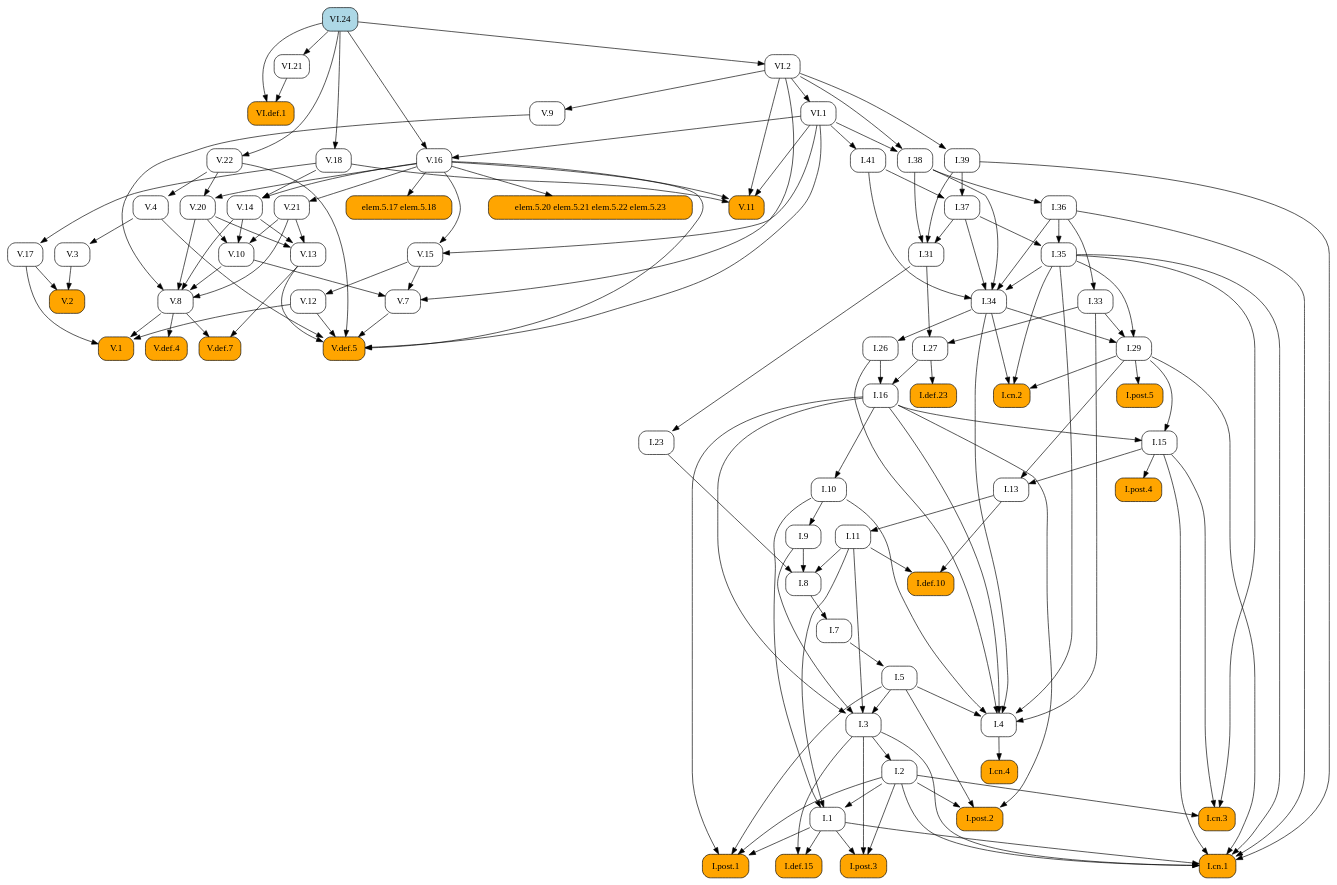
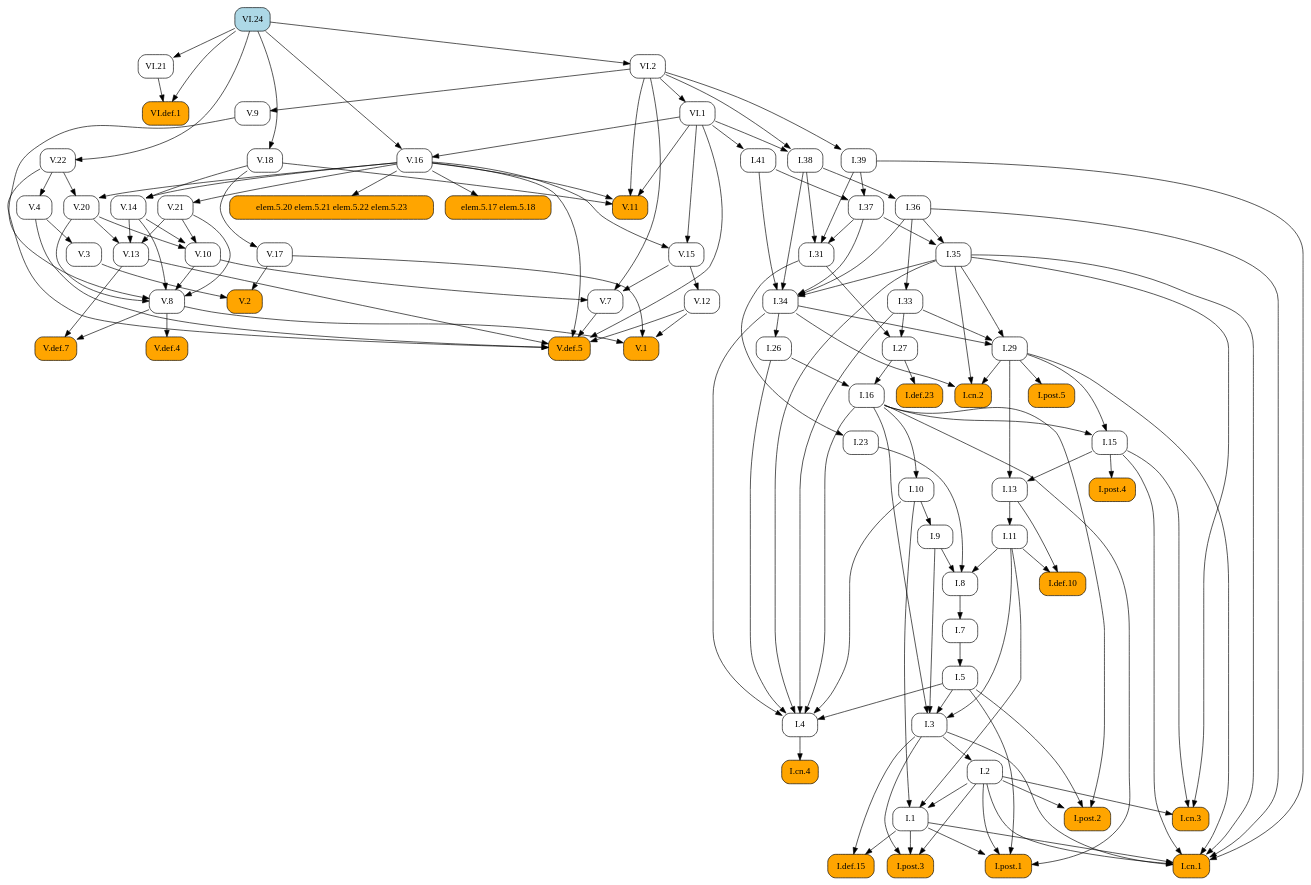
One commit to geometor/elements changed the diagram in docsrc/heath/VI/24/index.rst. Above: the diagram before and after it, drawn with Graphviz. The commit also changed other lines of this file and 1029 other files, not shown here.

```diff
--- a/docsrc/heath/VI/24/index.rst
+++ b/docsrc/heath/VI/24/index.rst
@@ -122,132 +122,81 @@
    digraph {
      rankdir="TB";
      node [shape=box, style=rounded];
+     "I.def.10" [style="rounded,filled", fillcolor=orange, URL="/heath/I/def.10/", target="_top"];
+     "I.11" [URL="/heath/I/11/", target="_top"];
+     "I.post.4" [style="rounded,filled", fillcolor=orange, URL="/heath/I/post.4/", target="_top"];
+     "I.1" [URL="/heath/I/1/", target="_top"];
+     "VI.21" [URL="/heath/VI/21/", target="_top"];
+     "V.def.5" [style="rounded,filled", fillcolor=orange, URL="/heath/V/def.5/", target="_top"];
+     "V.13" [URL="/heath/V/13/", target="_top"];
+     "V.11" [style="rounded,filled", fillcolor=orange, URL="/heath/V/11/", target="_top"];
+     "I.post.3" [style="rounded,filled", fillcolor=orange, URL="/heath/I/post.3/", target="_top"];
+     "VI.1" [URL="/heath/VI/1/", target="_top"];
+     "I.cn.3" [style="rounded,filled", fillcolor=orange, URL="/heath/I/cn.3/", target="_top"];
+     "V.16" [URL="/heath/V/16/", target="_top"];
+     "V.3" [URL="/heath/V/3/", target="_top"];
+     "V.8" [URL="/heath/V/8/", target="_top"];
+     "I.36" [URL="/heath/I/36/", target="_top"];
+     "I.41" [URL="/heath/I/41/", target="_top"];
+     "I.27" [URL="/heath/I/27/", target="_top"];
+     "I.37" [URL="/heath/I/37/", target="_top"];
+     "I.34" [URL="/heath/I/34/", target="_top"];
+     "I.2" [URL="/heath/I/2/", target="_top"];
+     "I.def.23" [style="rounded,filled", fillcolor=orange, URL="/heath/I/def.23/", target="_top"];
+     "I.33" [URL="/heath/I/33/", target="_top"];
+     "I.post.2" [style="rounded,filled", fillcolor=orange, URL="/heath/I/post.2/", target="_top"];
+     "VI.def.1" [style="rounded,filled", fillcolor=orange, URL="/heath/VI/def.1/", target="_top"];
+     "elem.5.20 elem.5.21 elem.5.22 elem.5.23" [style="rounded,filled", fillcolor=orange];
+     "I.9" [URL="/heath/I/9/", target="_top"];
+     "V.def.4" [style="rounded,filled", fillcolor=orange, URL="/heath/V/def.4/", target="_top"];
+     "I.cn.4" [style="rounded,filled", fillcolor=orange, URL="/heath/I/cn.4/", target="_top"];
+     "I.15" [URL="/heath/I/15/", target="_top"];
+     "I.38" [URL="/heath/I/38/", target="_top"];
+     "V.def.7" [style="rounded,filled", fillcolor=orange, URL="/heath/V/def.7/", target="_top"];
+     "I.5" [URL="/heath/I/5/", target="_top"];
+     "V.21" [URL="/heath/V/21/", target="_top"];
+     "I.39" [URL="/heath/I/39/", target="_top"];
+     "I.26" [URL="/heath/I/26/", target="_top"];
+     "V.14" [URL="/heath/V/14/", target="_top"];
+     "I.29" [URL="/heath/I/29/", target="_top"];
+     "V.22" [URL="/heath/V/22/", target="_top"];
+     "V.12" [URL="/heath/V/12/", target="_top"];
+     "I.cn.2" [style="rounded,filled", fillcolor=orange, URL="/heath/I/cn.2/", target="_top"];
+     "V.20" [URL="/heath/V/20/", target="_top"];
+     "V.10" [URL="/heath/V/10/", target="_top"];
+     "VI.2" [URL="/heath/VI/2/", target="_top"];
+     "I.def.15" [style="rounded,filled", fillcolor=orange, URL="/heath/I/def.15/", target="_top"];
+     "V.15" [URL="/heath/V/15/", target="_top"];
+     "I.cn.1" [style="rounded,filled", fillcolor=orange, URL="/heath/I/cn.1/", target="_top"];
+     "V.7" [URL="/heath/V/7/", target="_top"];
+     "V.18" [URL="/heath/V/18/", target="_top"];
+     "V.9" [URL="/heath/V/9/", target="_top"];
+     "I.23" [URL="/heath/I/23/", target="_top"];
+     "I.post.1" [style="rounded,filled", fillcolor=orange, URL="/heath/I/post.1/", target="_top"];
+     "I.35" [URL="/heath/I/35/", target="_top"];
+     "I.7" [URL="/heath/I/7/", target="_top"];
+     "I.3" [URL="/heath/I/3/", target="_top"];
+     "I.4" [URL="/heath/I/4/", target="_top"];
+     "V.17" [URL="/heath/V/17/", target="_top"];
+     "I.13" [URL="/heath/I/13/", target="_top"];
+     "V.4" [URL="/heath/V/4/", target="_top"];
+     "I.31" [URL="/heath/I/31/", target="_top"];
      "V.1" [style="rounded,filled", fillcolor=orange, URL="/heath/V/1/", target="_top"];
-     "I.29" [URL="/heath/I/29/", target="_top"];
-     "I.7" [URL="/heath/I/7/", target="_top"];
-     "I.27" [URL="/heath/I/27/", target="_top"];
-     "I.def.23" [style="rounded,filled", fillcolor=orange, URL="/heath/I/def.23/", target="_top"];
-     "V.20" [URL="/heath/V/20/", target="_top"];
-     "I.34" [URL="/heath/I/34/", target="_top"];
+     "I.16" [URL="/heath/I/16/", target="_top"];
+     "VI.24" [style="rounded,filled", fillcolor=lightblue, URL="/heath/VI/24/", target="_top"];
+     "elem.5.17 elem.5.18" [style="rounded,filled", fillcolor=orange];
      "I.8" [URL="/heath/I/8/", target="_top"];
      "V.2" [style="rounded,filled", fillcolor=orange, URL="/heath/V/2/", target="_top"];
-     "I.9" [URL="/heath/I/9/", target="_top"];
-     "V.22" [URL="/heath/V/22/", target="_top"];
-     "I.post.4" [style="rounded,filled", fillcolor=orange, URL="/heath/I/post.4/", target="_top"];
-     "I.2" [URL="/heath/I/2/", target="_top"];
-     "VI.21" [URL="/heath/VI/21/", target="_top"];
-     "V.4" [URL="/heath/V/4/", target="_top"];
-     "I.cn.4" [style="rounded,filled", fillcolor=orange, URL="/heath/I/cn.4/", target="_top"];
-     "VI.24" [style="rounded,filled", fillcolor=lightblue, URL="/heath/VI/24/", target="_top"];
-     "VI.2" [URL="/heath/VI/2/", target="_top"];
-     "elem.5.20 elem.5.21 elem.5.22 elem.5.23" [style="rounded,filled", fillcolor=orange];
-     "I.23" [URL="/heath/I/23/", target="_top"];
-     "I.13" [URL="/heath/I/13/", target="_top"];
-     "I.5" [URL="/heath/I/5/", target="_top"];
-     "I.11" [URL="/heath/I/11/", target="_top"];
-     "I.4" [URL="/heath/I/4/", target="_top"];
-     "I.def.10" [style="rounded,filled", fillcolor=orange, URL="/heath/I/def.10/", target="_top"];
-     "I.post.3" [style="rounded,filled", fillcolor=orange, URL="/heath/I/post.3/", target="_top"];
-     "V.9" [URL="/heath/V/9/", target="_top"];
-     "VI.def.1" [style="rounded,filled", fillcolor=orange, URL="/heath/VI/def.1/", target="_top"];
-     "elem.5.17 elem.5.18" [style="rounded,filled", fillcolor=orange];
-     "V.17" [URL="/heath/V/17/", target="_top"];
-     "V.3" [URL="/heath/V/3/", target="_top"];
-     "I.36" [URL="/heath/I/36/", target="_top"];
-     "V.12" [URL="/heath/V/12/", target="_top"];
-     "I.15" [URL="/heath/I/15/", target="_top"];
-     "I.41" [URL="/heath/I/41/", target="_top"];
-     "V.def.5" [style="rounded,filled", fillcolor=orange, URL="/heath/V/def.5/", target="_top"];
-     "I.cn.3" [style="rounded,filled", fillcolor=orange, URL="/heath/I/cn.3/", target="_top"];
-     "V.16" [URL="/heath/V/16/", target="_top"];
-     "I.38" [URL="/heath/I/38/", target="_top"];
-     "V.15" [URL="/heath/V/15/", target="_top"];
-     "V.def.4" [style="rounded,filled", fillcolor=orange, URL="/heath/V/def.4/", target="_top"];
-     "V.21" [URL="/heath/V/21/", target="_top"];
-     "V.8" [URL="/heath/V/8/", target="_top"];
-     "V.7" [URL="/heath/V/7/", target="_top"];
-     "I.1" [URL="/heath/I/1/", target="_top"];
-     "I.def.15" [style="rounded,filled", fillcolor=orange, URL="/heath/I/def.15/", target="_top"];
-     "V.13" [URL="/heath/V/13/", target="_top"];
-     "I.post.1" [style="rounded,filled", fillcolor=orange, URL="/heath/I/post.1/", target="_top"];
-     "I.26" [URL="/heath/I/26/", target="_top"];
-     "I.33" [URL="/heath/I/33/", target="_top"];
-     "V.def.7" [style="rounded,filled", fillcolor=orange, URL="/heath/V/def.7/", target="_top"];
-     "I.39" [URL="/heath/I/39/", target="_top"];
-     "I.cn.2" [style="rounded,filled", fillcolor=orange, URL="/heath/I/cn.2/", target="_top"];
-     "V.10" [URL="/heath/V/10/", target="_top"];
+     "I.post.5" [style="rounded,filled", fillcolor=orange, URL="/heath/I/post.5/", target="_top"];
      "I.10" [URL="/heath/I/10/", target="_top"];
-     "I.3" [URL="/heath/I/3/", target="_top"];
-     "I.16" [URL="/heath/I/16/", target="_top"];
-     "I.31" [URL="/heath/I/31/", target="_top"];
-     "V.11" [style="rounded,filled", fillcolor=orange, URL="/heath/V/11/", target="_top"];
-     "I.post.2" [style="rounded,filled", fillcolor=orange, URL="/heath/I/post.2/", target="_top"];
-     "VI.1" [URL="/heath/VI/1/", target="_top"];
-     "I.post.5" [style="rounded,filled", fillcolor=orange, URL="/heath/I/post.5/", target="_top"];
-     "V.18" [URL="/heath/V/18/", target="_top"];
-     "I.35" [URL="/heath/I/35/", target="_top"];
-     "I.cn.1" [style="rounded,filled", fillcolor=orange, URL="/heath/I/cn.1/", target="_top"];
-     "I.37" [URL="/heath/I/37/", target="_top"];
-     "V.14" [URL="/heath/V/14/", target="_top"];
-     "V.8" -> "V.1";
-     "V.12" -> "V.1";
-     "V.17" -> "V.1";
-     "I.33" -> "I.29";
-     "I.34" -> "I.29";
-     "I.35" -> "I.29";
-     "I.8" -> "I.7";
-     "I.31" -> "I.27";
-     "I.33" -> "I.27";
-     "I.27" -> "I.def.23";
-     "V.16" -> "V.20";
-     "V.22" -> "V.20";
-     "I.35" -> "I.34";
-     "I.36" -> "I.34";
-     "I.37" -> "I.34";
-     "I.38" -> "I.34";
-     "I.41" -> "I.34";
-     "I.9" -> "I.8";
-     "I.11" -> "I.8";
-     "I.23" -> "I.8";
-     "V.3" -> "V.2";
-     "V.17" -> "V.2";
-     "I.10" -> "I.9";
-     "VI.24" -> "V.22";
-     "I.15" -> "I.post.4";
-     "I.3" -> "I.2";
-     "VI.24" -> "VI.21";
-     "V.22" -> "V.4";
-     "I.4" -> "I.cn.4";
-     "VI.24" -> "VI.2";
-     "V.16" -> "elem.5.20 elem.5.21 elem.5.22 elem.5.23";
-     "I.31" -> "I.23";
-     "I.15" -> "I.13";
-     "I.29" -> "I.13";
-     "I.7" -> "I.5";
-     "I.13" -> "I.11";
-     "I.5" -> "I.4";
-     "I.10" -> "I.4";
-     "I.16" -> "I.4";
-     "I.26" -> "I.4";
-     "I.33" -> "I.4";
-     "I.34" -> "I.4";
-     "I.35" -> "I.4";
      "I.11" -> "I.def.10";
      "I.13" -> "I.def.10";
-     "I.1" -> "I.post.3";
-     "I.2" -> "I.post.3";
-     "I.3" -> "I.post.3";
-     "VI.2" -> "V.9";
-     "VI.21" -> "VI.def.1";
-     "VI.24" -> "VI.def.1";
-     "V.16" -> "elem.5.17 elem.5.18";
-     "V.18" -> "V.17";
-     "V.4" -> "V.3";
-     "I.38" -> "I.36";
-     "V.15" -> "V.12";
-     "I.16" -> "I.15";
-     "I.29" -> "I.15";
-     "VI.1" -> "I.41";
+     "I.13" -> "I.11";
+     "I.15" -> "I.post.4";
+     "I.2" -> "I.1";
+     "I.10" -> "I.1";
+     "I.11" -> "I.1";
+     "VI.24" -> "VI.21";
      "V.4" -> "V.def.5";
      "V.7" -> "V.def.5";
      "V.12" -> "V.def.5";
@@ -255,70 +204,81 @@
      "V.16" -> "V.def.5";
      "V.22" -> "V.def.5";
      "VI.1" -> "V.def.5";
+     "V.14" -> "V.13";
+     "V.20" -> "V.13";
+     "V.21" -> "V.13";
+     "V.16" -> "V.11";
+     "V.18" -> "V.11";
+     "VI.1" -> "V.11";
+     "VI.2" -> "V.11";
+     "I.1" -> "I.post.3";
+     "I.2" -> "I.post.3";
+     "I.3" -> "I.post.3";
+     "VI.2" -> "VI.1";
      "I.2" -> "I.cn.3";
      "I.15" -> "I.cn.3";
      "I.35" -> "I.cn.3";
      "VI.1" -> "V.16";
      "VI.24" -> "V.16";
-     "VI.1" -> "I.38";
-     "VI.2" -> "I.38";
-     "V.16" -> "V.15";
-     "VI.1" -> "V.15";
-     "V.8" -> "V.def.4";
-     "V.16" -> "V.21";
+     "V.4" -> "V.3";
      "V.9" -> "V.8";
      "V.10" -> "V.8";
      "V.14" -> "V.8";
      "V.20" -> "V.8";
      "V.21" -> "V.8";
-     "V.10" -> "V.7";
-     "V.15" -> "V.7";
-     "VI.2" -> "V.7";
-     "I.2" -> "I.1";
-     "I.10" -> "I.1";
-     "I.11" -> "I.1";
-     "I.1" -> "I.def.15";
-     "I.3" -> "I.def.15";
-     "V.14" -> "V.13";
-     "V.20" -> "V.13";
-     "V.21" -> "V.13";
-     "I.1" -> "I.post.1";
-     "I.2" -> "I.post.1";
-     "I.5" -> "I.post.1";
-     "I.16" -> "I.post.1";
-     "I.34" -> "I.26";
+     "I.38" -> "I.36";
+     "VI.1" -> "I.41";
+     "I.31" -> "I.27";
+     "I.33" -> "I.27";
+     "I.39" -> "I.37";
+     "I.41" -> "I.37";
+     "I.35" -> "I.34";
+     "I.36" -> "I.34";
+     "I.37" -> "I.34";
+     "I.38" -> "I.34";
+     "I.41" -> "I.34";
+     "I.3" -> "I.2";
+     "I.27" -> "I.def.23";
      "I.36" -> "I.33";
+     "I.2" -> "I.post.2";
+     "I.5" -> "I.post.2";
+     "I.16" -> "I.post.2";
+     "VI.21" -> "VI.def.1";
+     "VI.24" -> "VI.def.1";
+     "V.16" -> "elem.5.20 elem.5.21 elem.5.22 elem.5.23";
+     "I.10" -> "I.9";
+     "V.8" -> "V.def.4";
+     "I.4" -> "I.cn.4";
+     "I.16" -> "I.15";
+     "I.29" -> "I.15";
+     "VI.1" -> "I.38";
+     "VI.2" -> "I.38";
      "V.8" -> "V.def.7";
      "V.13" -> "V.def.7";
+     "I.7" -> "I.5";
+     "V.16" -> "V.21";
      "VI.2" -> "I.39";
+     "I.34" -> "I.26";
+     "V.16" -> "V.14";
+     "V.18" -> "V.14";
+     "I.33" -> "I.29";
+     "I.34" -> "I.29";
+     "I.35" -> "I.29";
+     "VI.24" -> "V.22";
+     "V.15" -> "V.12";
      "I.29" -> "I.cn.2";
      "I.34" -> "I.cn.2";
      "I.35" -> "I.cn.2";
+     "V.16" -> "V.20";
+     "V.22" -> "V.20";
      "V.14" -> "V.10";
      "V.20" -> "V.10";
      "V.21" -> "V.10";
-     "I.16" -> "I.10";
-     "I.5" -> "I.3";
-     "I.9" -> "I.3";
-     "I.11" -> "I.3";
-     "I.16" -> "I.3";
-     "I.26" -> "I.16";
-     "I.27" -> "I.16";
-     "I.37" -> "I.31";
-     "I.38" -> "I.31";
-     "I.39" -> "I.31";
-     "V.16" -> "V.11";
-     "V.18" -> "V.11";
-     "VI.1" -> "V.11";
-     "VI.2" -> "V.11";
-     "I.2" -> "I.post.2";
-     "I.5" -> "I.post.2";
-     "I.16" -> "I.post.2";
-     "VI.2" -> "VI.1";
-     "I.29" -> "I.post.5";
-     "VI.24" -> "V.18";
-     "I.36" -> "I.35";
-     "I.37" -> "I.35";
+     "VI.24" -> "VI.2";
+     "I.1" -> "I.def.15";
+     "I.3" -> "I.def.15";
+     "V.16" -> "V.15";
+     "VI.1" -> "V.15";
      "I.1" -> "I.cn.1";
      "I.2" -> "I.cn.1";
      "I.3" -> "I.cn.1";
@@ -327,8 +287,48 @@
      "I.35" -> "I.cn.1";
      "I.36" -> "I.cn.1";
      "I.39" -> "I.cn.1";
-     "I.39" -> "I.37";
-     "I.41" -> "I.37";
-     "V.16" -> "V.14";
-     "V.18" -> "V.14";
+     "V.10" -> "V.7";
+     "V.15" -> "V.7";
+     "VI.2" -> "V.7";
+     "VI.24" -> "V.18";
+     "VI.2" -> "V.9";
+     "I.31" -> "I.23";
+     "I.1" -> "I.post.1";
+     "I.2" -> "I.post.1";
+     "I.5" -> "I.post.1";
+     "I.16" -> "I.post.1";
+     "I.36" -> "I.35";
+     "I.37" -> "I.35";
+     "I.8" -> "I.7";
+     "I.5" -> "I.3";
+     "I.9" -> "I.3";
+     "I.11" -> "I.3";
+     "I.16" -> "I.3";
+     "I.5" -> "I.4";
+     "I.10" -> "I.4";
+     "I.16" -> "I.4";
+     "I.26" -> "I.4";
+     "I.33" -> "I.4";
+     "I.34" -> "I.4";
+     "I.35" -> "I.4";
+     "V.18" -> "V.17";
+     "I.15" -> "I.13";
+     "I.29" -> "I.13";
+     "V.22" -> "V.4";
+     "I.37" -> "I.31";
+     "I.38" -> "I.31";
+     "I.39" -> "I.31";
+     "V.8" -> "V.1";
+     "V.12" -> "V.1";
+     "V.17" -> "V.1";
+     "I.26" -> "I.16";
+     "I.27" -> "I.16";
+     "V.16" -> "elem.5.17 elem.5.18";
+     "I.9" -> "I.8";
+     "I.11" -> "I.8";
+     "I.23" -> "I.8";
+     "V.3" -> "V.2";
+     "V.17" -> "V.2";
+     "I.29" -> "I.post.5";
+     "I.16" -> "I.10";
    }
```
